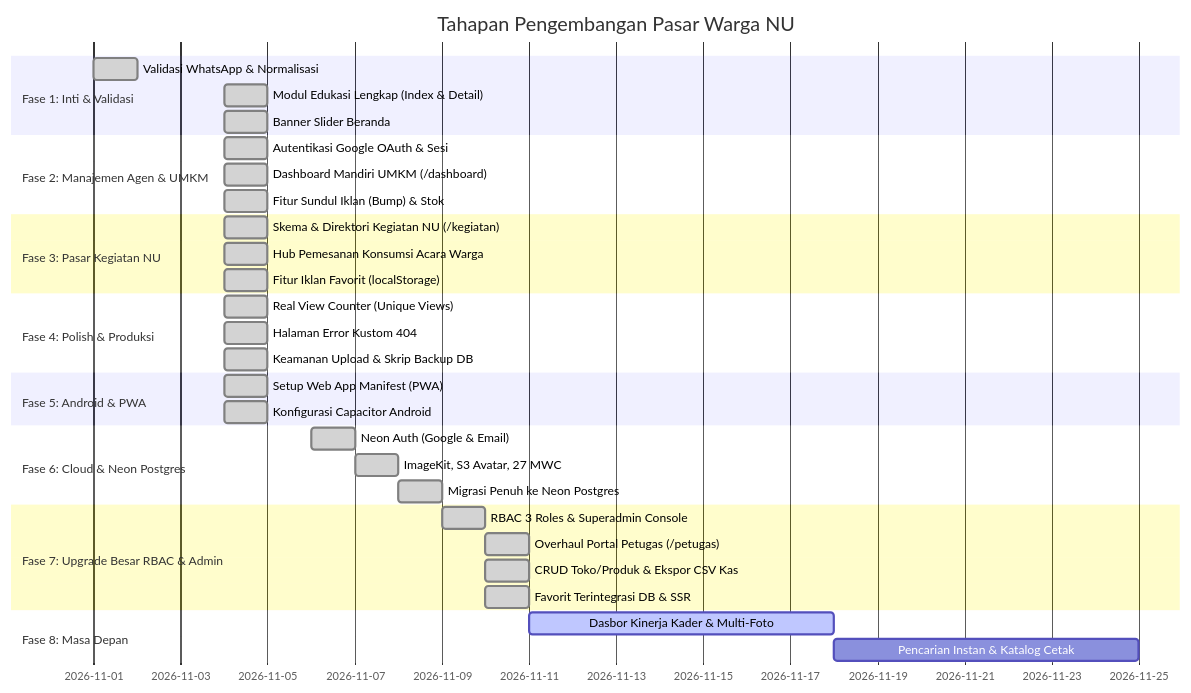
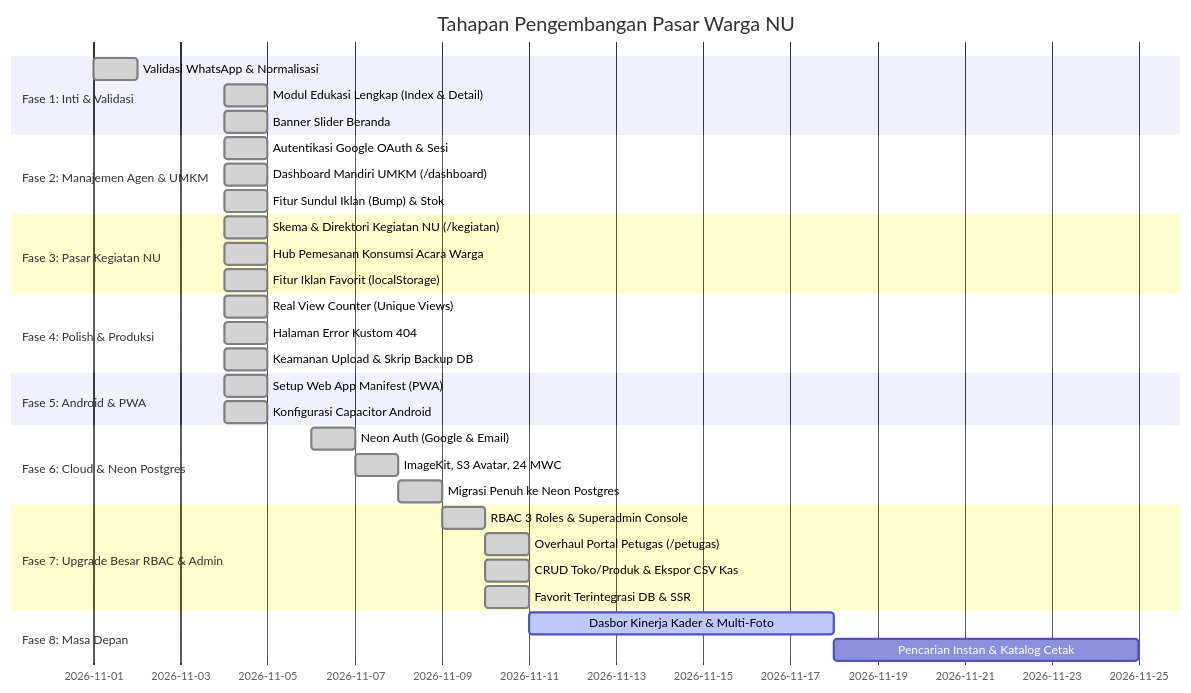
One commit to rasyiqi-code/mamasar changed the diagram in ROADMAP.md. Above: the diagram before and after it, drawn with Mermaid. The commit also changed other lines of this file and 68 other files, not shown here.

Commit message:
feat(security,integration,ui): harden RBAC/uploads/XSS, complete promo-cashbook-audit flows, and polish a11y/docs

````diff
--- a/ROADMAP.md
+++ b/ROADMAP.md
@@ -19,36 +19,36 @@
 ```mermaid
 gantt
     title Tahapan Pengembangan Pasar Warga NU
     dateFormat  YYYY-MM-DD
     section Fase 1: Inti & Validasi
     Validasi WhatsApp & Normalisasi :done, f1_1, 2026-11-01, 1d
     Modul Edukasi Lengkap (Index & Detail) :done, f1_2, 2026-11-04, 1d
     Banner Slider Beranda :done, f1_3, 2026-11-04, 1d
     section Fase 2: Manajemen Agen & UMKM
     Autentikasi Google OAuth & Sesi :done, f2_1, 2026-11-04, 1d
     Dashboard Mandiri UMKM (/dashboard) :done, f2_2, 2026-11-04, 1d
     Fitur Sundul Iklan (Bump) & Stok :done, f2_3, 2026-11-04, 1d
     section Fase 3: Pasar Kegiatan NU
     Skema & Direktori Kegiatan NU (/kegiatan) :done, f3_1, 2026-11-04, 1d
     Hub Pemesanan Konsumsi Acara Warga :done, f3_2, 2026-11-04, 1d
     Fitur Iklan Favorit (localStorage) :done, f3_3, 2026-11-04, 1d
     section Fase 4: Polish & Produksi
     Real View Counter (Unique Views) :done, f4_1, 2026-11-04, 1d
     Halaman Error Kustom 404 :done, f4_2, 2026-11-04, 1d
     Keamanan Upload & Skrip Backup DB :done, f4_3, 2026-11-04, 1d
     section Fase 5: Android & PWA
     Setup Web App Manifest (PWA) :done, f5_1, 2026-11-04, 1d
     Konfigurasi Capacitor Android :done, f5_2, 2026-11-04, 1d
     section Fase 6: Cloud & Neon Postgres
     Neon Auth (Google & Email) :done, f6_1, 2026-11-06, 1d
-    ImageKit, S3 Avatar, 27 MWC :done, f6_2, 2026-11-07, 1d
+    ImageKit, S3 Avatar, 24 MWC :done, f6_2, 2026-11-07, 1d
     Migrasi Penuh ke Neon Postgres :done, f6_3, 2026-11-08, 1d
     section Fase 7: Upgrade Besar RBAC & Admin
     RBAC 3 Roles & Superadmin Console :done, f7_1, 2026-11-09, 1d
     Overhaul Portal Petugas (/petugas) :done, f7_2, 2026-11-10, 1d
     CRUD Toko/Produk & Ekspor CSV Kas :done, f7_3, 2026-11-10, 1d
     Favorit Terintegrasi DB & SSR :done, f7_4, 2026-11-10, 1d
     section Fase 8: Masa Depan
     Dasbor Kinerja Kader & Multi-Foto :active, f8_1, 2026-11-11, 7d
     Pencarian Instan & Katalog Cetak : f8_2, after f8_1, 7d
 ```
````
